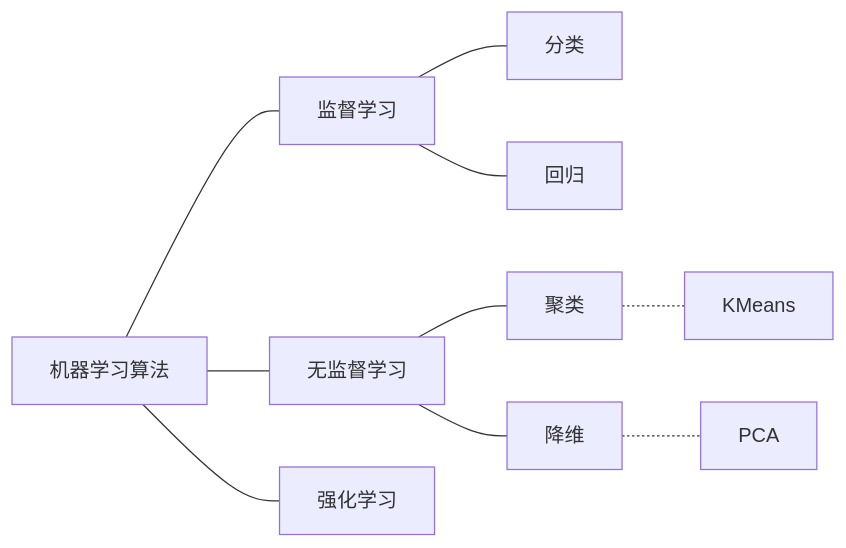
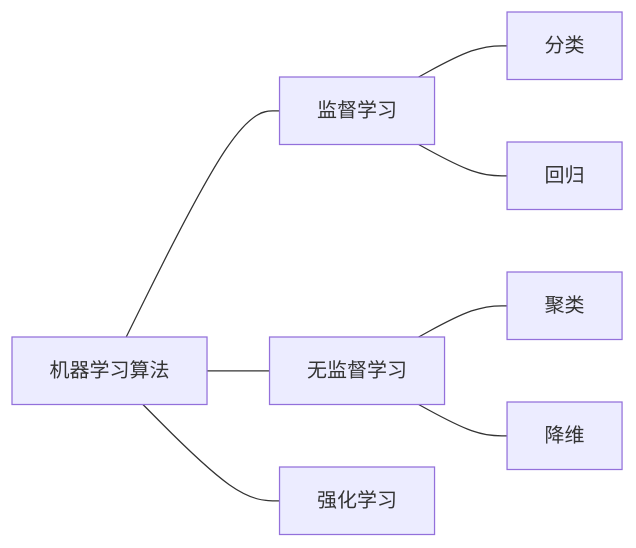
One commit to YanLin-Git/UCAS_AI_2025 changed the second of 2 diagrams in 人工智能原理/学习/机器学习基础.md. Above: the diagram before and after it, drawn with Mermaid.

Commit message:
机器学习基础

````diff
--- a/人工智能原理/学习/机器学习基础.md
+++ b/人工智能原理/学习/机器学习基础.md
@@ -18,8 +18,6 @@
 ```mermaid
 graph LR
     Learn[机器学习算法] --- SL[监督学习] & UL[无监督学习] & RL[强化学习]
     SL --- classify[分类] & regression[回归]
     UL --- JL[聚类] & JW[降维]
-    JL -.- KMeans
-    JW -.- PCA
 ```
````
